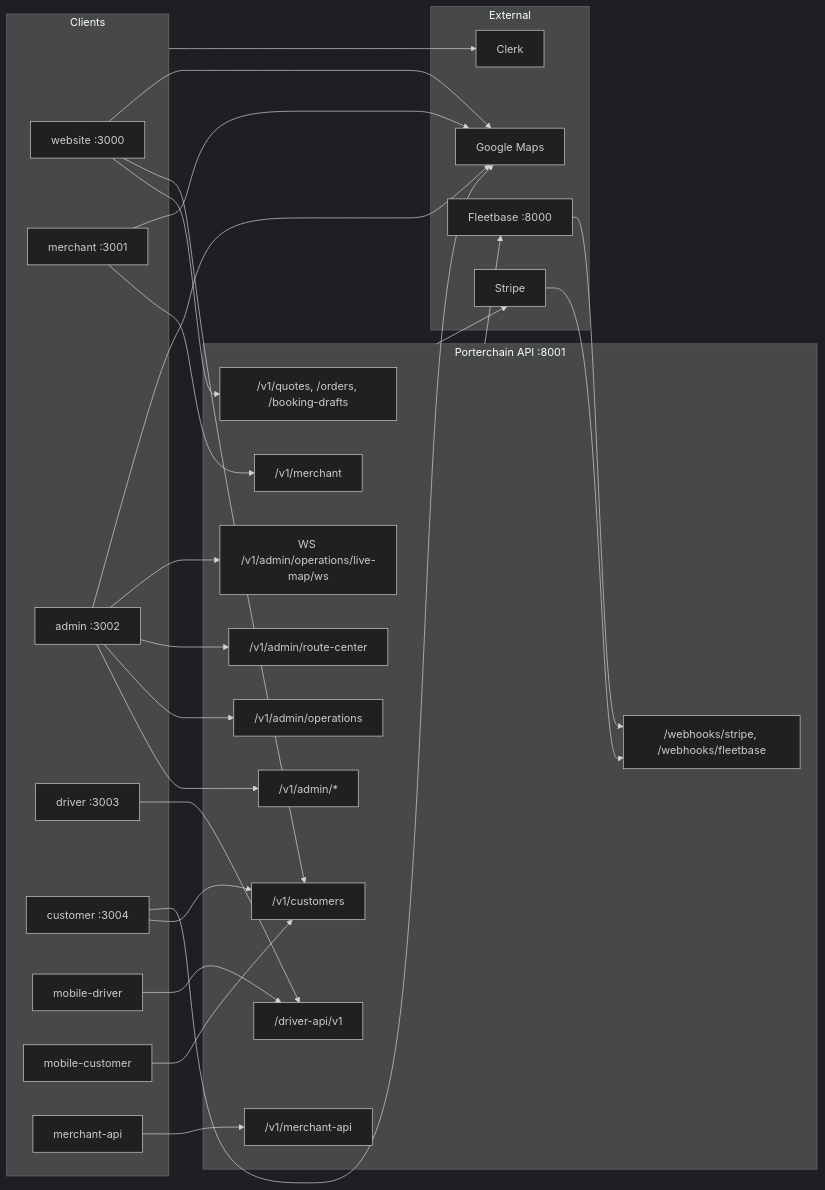
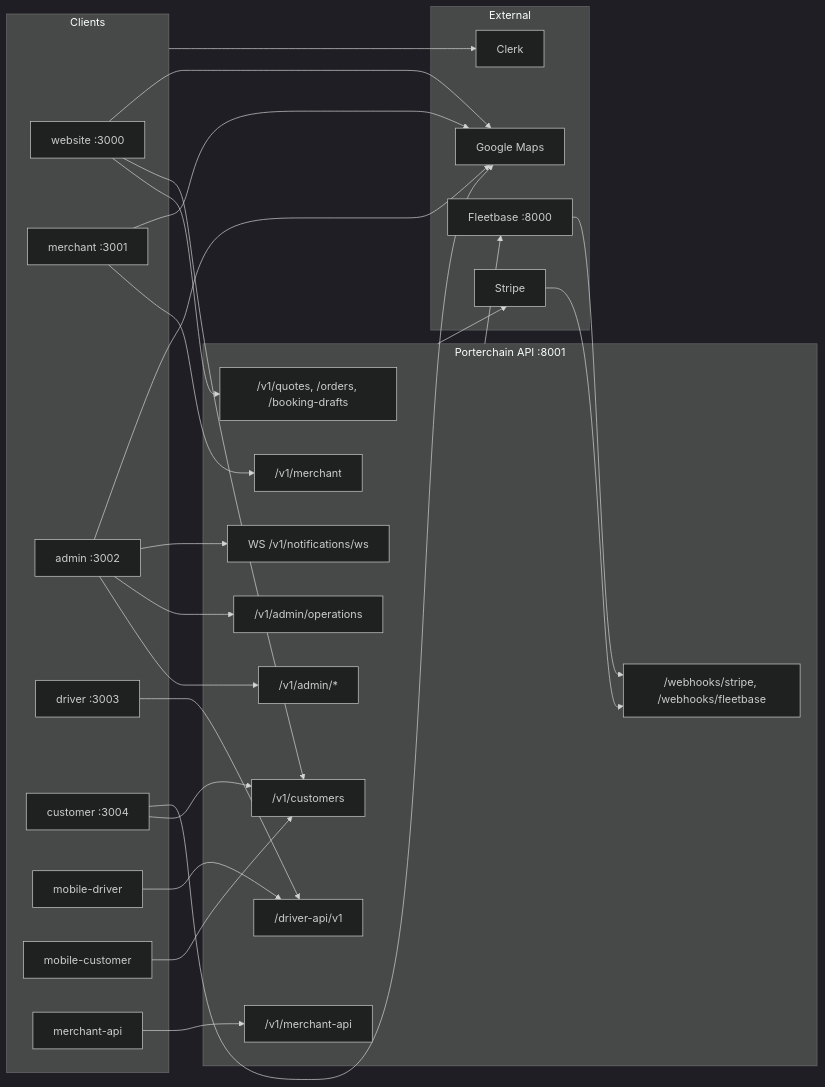
Before and after one commit to PORTERCHAIN-INC/PCD: the diagram in docs/architecture/API_DEPENDENCY.md, drawn with Mermaid (dark theme). The commit also changed other lines of this file and 811 other files, not shown here.

````diff
--- a/docs/architecture/API_DEPENDENCY.md
+++ b/docs/architecture/API_DEPENDENCY.md
@@ -55,46 +55,45 @@
 ```mermaid
 flowchart LR
   subgraph Clients
     W[website :3000]
     M[merchant :3001]
     A[admin :3002]
     D[driver :3003]
     C[customer :3004]
     MDRV[mobile-driver]
     MCUST[mobile-customer]
     MAPI[merchant-api]
   end
 
   subgraph API["Porterchain API :8001"]
     PUB["/v1/quotes, /orders, /booking-drafts"]
     CUST_API["/v1/customers"]
     MERCH_API["/v1/merchant"]
     MERCH_KEY["/v1/merchant-api"]
     ADMIN_API["/v1/admin/*"]
     OPS["/v1/admin/operations"]
-    RC["/v1/admin/route-center"]
     DRV_API["/driver-api/v1"]
     WH["/webhooks/stripe, /webhooks/fleetbase"]
-    WS["WS /v1/admin/operations/live-map/ws"]
+    NWS["WS /v1/notifications/ws"]
   end
 
   subgraph External
     STRIPE[Stripe]
     FB[Fleetbase :8000]
     CLERK[Clerk]
     GMAPS[Google Maps]
   end
 
   W --> PUB & CUST_API
   C & MCUST --> CUST_API
   M --> MERCH_API
   MAPI --> MERCH_KEY
-  A --> ADMIN_API & OPS & RC & WS
+  A --> ADMIN_API & OPS & NWS
   D & MDRV --> DRV_API
   W & M & A & C --> GMAPS
   Clients --> CLERK
   STRIPE --> WH
   FB --> WH
   API --> STRIPE
   API --> FB
 ```
````
